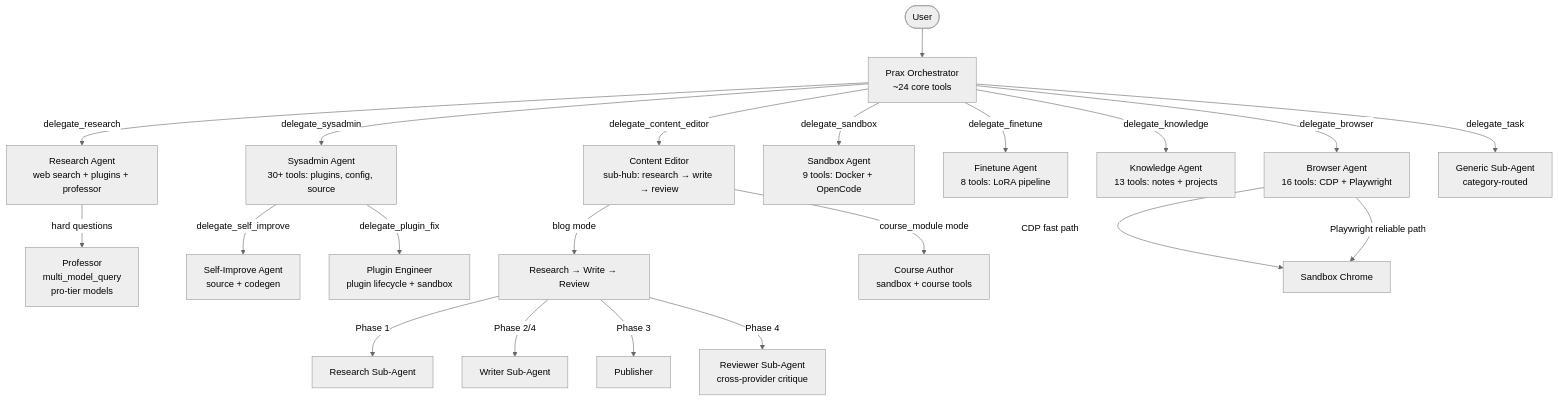
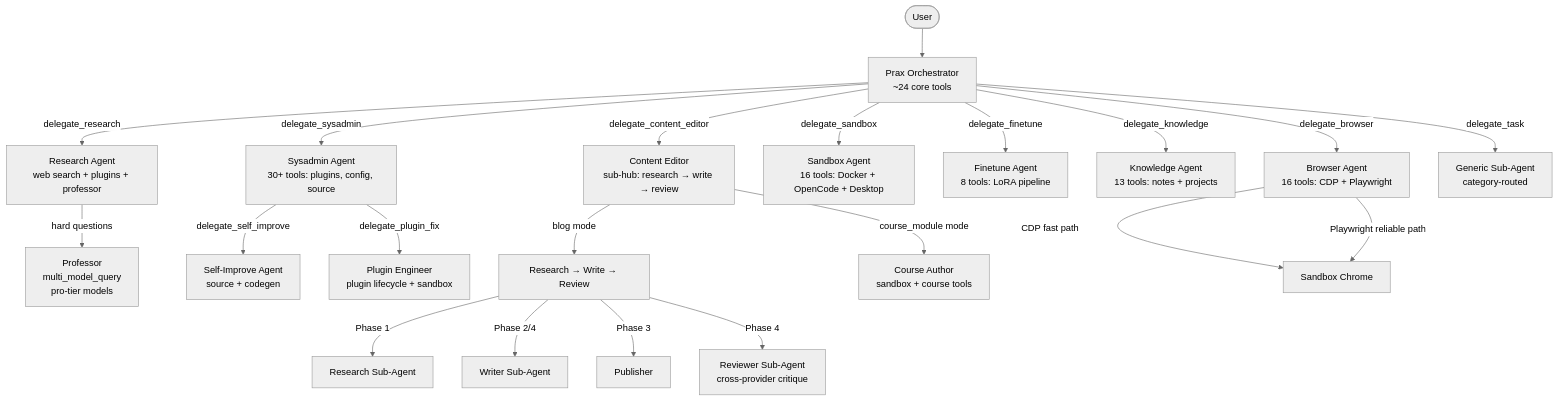
Before and after one commit to praxagent/prax: the first of 7 diagrams in docs/agents/delegation.md, drawn with Mermaid (neutral theme). The commit also changed other lines of this file and 54 other files, not shown here.

````diff
--- a/docs/agents/delegation.md
+++ b/docs/agents/delegation.md
@@ -18,29 +18,29 @@
 ```mermaid
 graph TB
     User([User]) --> Prax[Prax Orchestrator<br/>~24 core tools]
 
     Prax -->|delegate_browser| Browser[Browser Agent<br/>16 tools: CDP + Playwright]
     Prax -->|delegate_content_editor| Content[Content Editor<br/>sub-hub: research → write → review]
     Prax -->|delegate_sysadmin| Sysadmin[Sysadmin Agent<br/>30+ tools: plugins, config, source]
-    Prax -->|delegate_sandbox| Sandbox[Sandbox Agent<br/>9 tools: Docker + OpenCode]
+    Prax -->|delegate_sandbox| Sandbox[Sandbox Agent<br/>16 tools: Docker + OpenCode + Desktop]
     Prax -->|delegate_finetune| Finetune[Finetune Agent<br/>8 tools: LoRA pipeline]
     Prax -->|delegate_knowledge| Knowledge[Knowledge Agent<br/>13 tools: notes + projects]
     Prax -->|delegate_research| Research[Research Agent<br/>web search + plugins + professor]
     Prax -->|delegate_task| Generic[Generic Sub-Agent<br/>category-routed]
 
     Research -->|hard questions| Professor[Professor<br/>multi_model_query<br/>pro-tier models]
 
     Sysadmin -->|delegate_self_improve| SelfImprove[Self-Improve Agent<br/>source + codegen]
     Sysadmin -->|delegate_plugin_fix| PluginFix[Plugin Engineer<br/>plugin lifecycle + sandbox]
 
     Content -->|blog mode| BlogPipeline[Research → Write → Review]
     Content -->|course_module mode| CourseAuthor[Course Author<br/>sandbox + course tools]
 
     BlogPipeline -->|Phase 1| Researcher[Research Sub-Agent]
     BlogPipeline -->|Phase 2/4| Writer[Writer Sub-Agent]
     BlogPipeline -->|Phase 3| Publisher[Publisher]
     BlogPipeline -->|Phase 4| Reviewer[Reviewer Sub-Agent<br/>cross-provider critique]
 
     Browser -->|CDP fast path| Chrome[Sandbox Chrome]
     Browser -->|Playwright reliable path| Chrome
 ```
````
